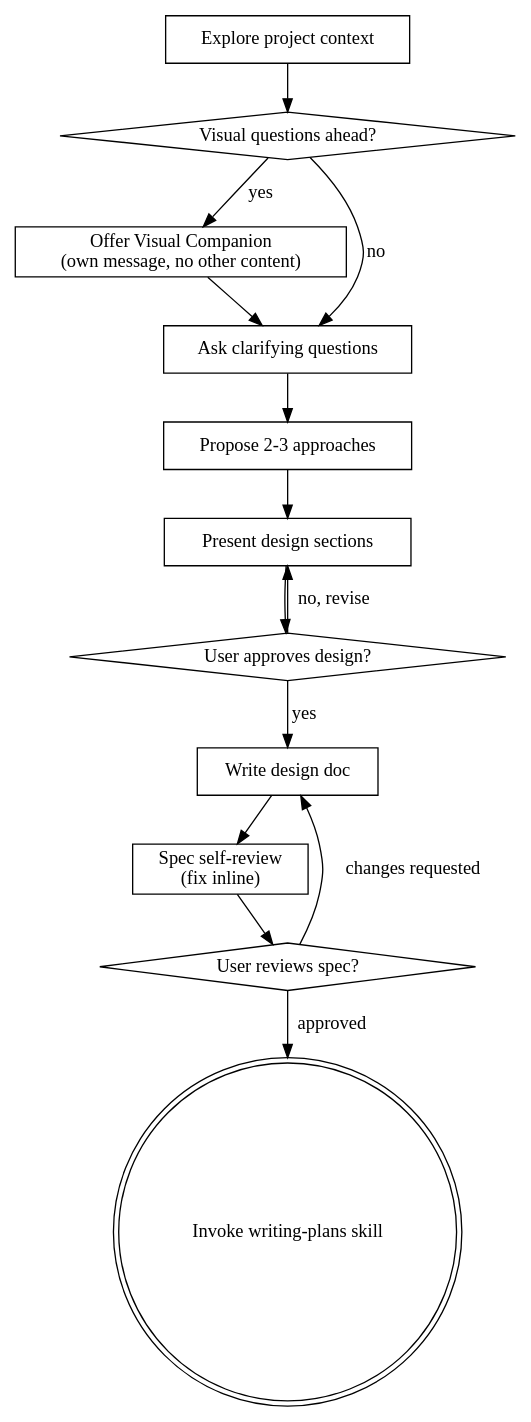
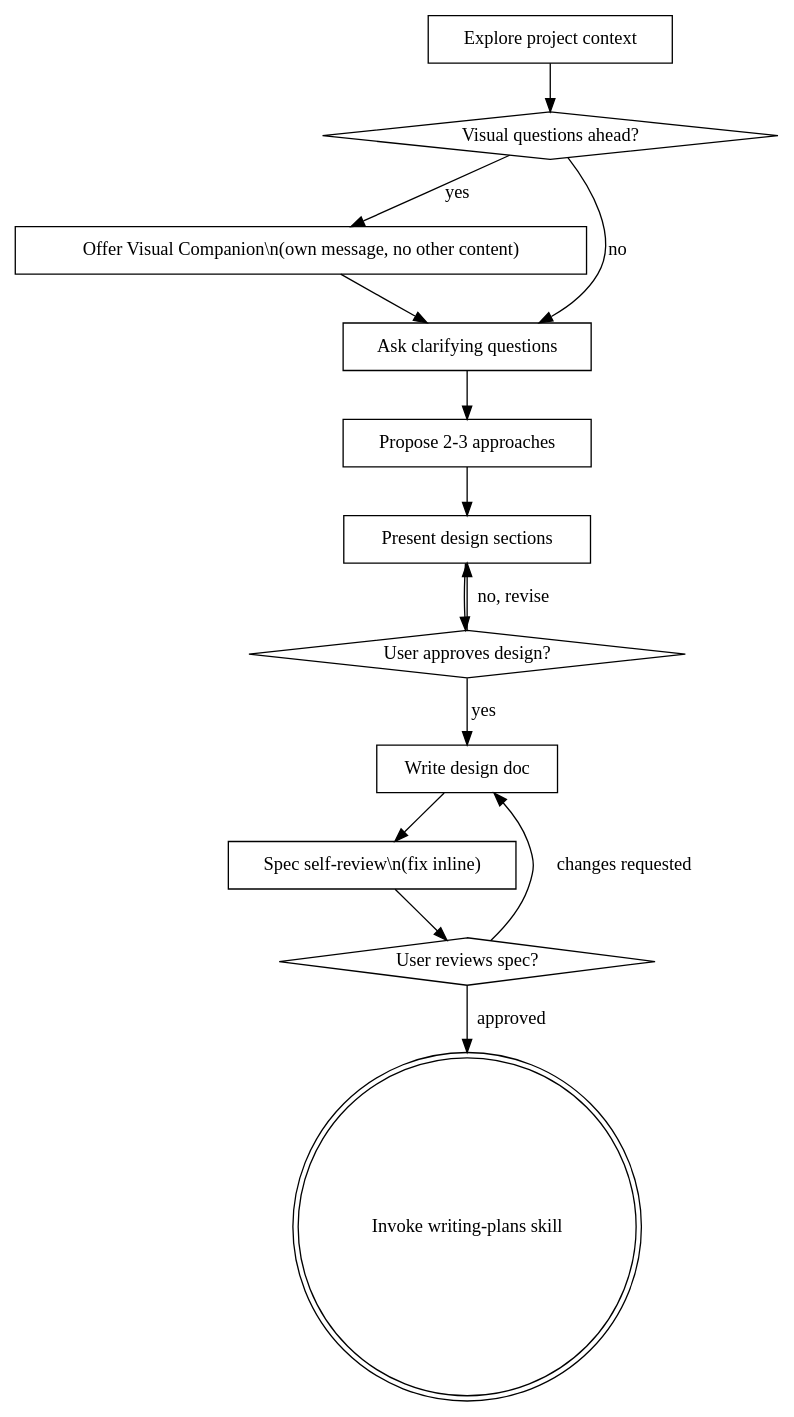
Before and after one commit to luanscps/GerenciadorDeTorneios-BRLOL: the diagram in system.md, drawn with Graphviz. The commit also changed other lines of this file, not shown here.

````diff
--- a/system.md
+++ b/system.md
@@ -40,29 +87,29 @@
 ```dot
 digraph brainstorming {
     "Explore project context" [shape=box];
     "Visual questions ahead?" [shape=diamond];
-    "Offer Visual Companion\n(own message, no other content)" [shape=box];
+    "Offer Visual Companion\\n(own message, no other content)" [shape=box];
     "Ask clarifying questions" [shape=box];
     "Propose 2-3 approaches" [shape=box];
     "Present design sections" [shape=box];
     "User approves design?" [shape=diamond];
     "Write design doc" [shape=box];
-    "Spec self-review\n(fix inline)" [shape=box];
+    "Spec self-review\\n(fix inline)" [shape=box];
     "User reviews spec?" [shape=diamond];
     "Invoke writing-plans skill" [shape=doublecircle];
 
     "Explore project context" -> "Visual questions ahead?";
-    "Visual questions ahead?" -> "Offer Visual Companion\n(own message, no other content)" [label="yes"];
+    "Visual questions ahead?" -> "Offer Visual Companion\\n(own message, no other content)" [label="yes"];
     "Visual questions ahead?" -> "Ask clarifying questions" [label="no"];
-    "Offer Visual Companion\n(own message, no other content)" -> "Ask clarifying questions";
+    "Offer Visual Companion\\n(own message, no other content)" -> "Ask clarifying questions";
     "Ask clarifying questions" -> "Propose 2-3 approaches";
     "Propose 2-3 approaches" -> "Present design sections";
     "Present design sections" -> "User approves design?";
     "User approves design?" -> "Present design sections" [label="no, revise"];
     "User approves design?" -> "Write design doc" [label="yes"];
-    "Write design doc" -> "Spec self-review\n(fix inline)";
-    "Spec self-review\n(fix inline)" -> "User reviews spec?";
+    "Write design doc" -> "Spec self-review\\n(fix inline)";
+    "Spec self-review\\n(fix inline)" -> "User reviews spec?";
     "User reviews spec?" -> "Write design doc" [label="changes requested"];
     "User reviews spec?" -> "Invoke writing-plans skill" [label="approved"];
 }
 ```
````
